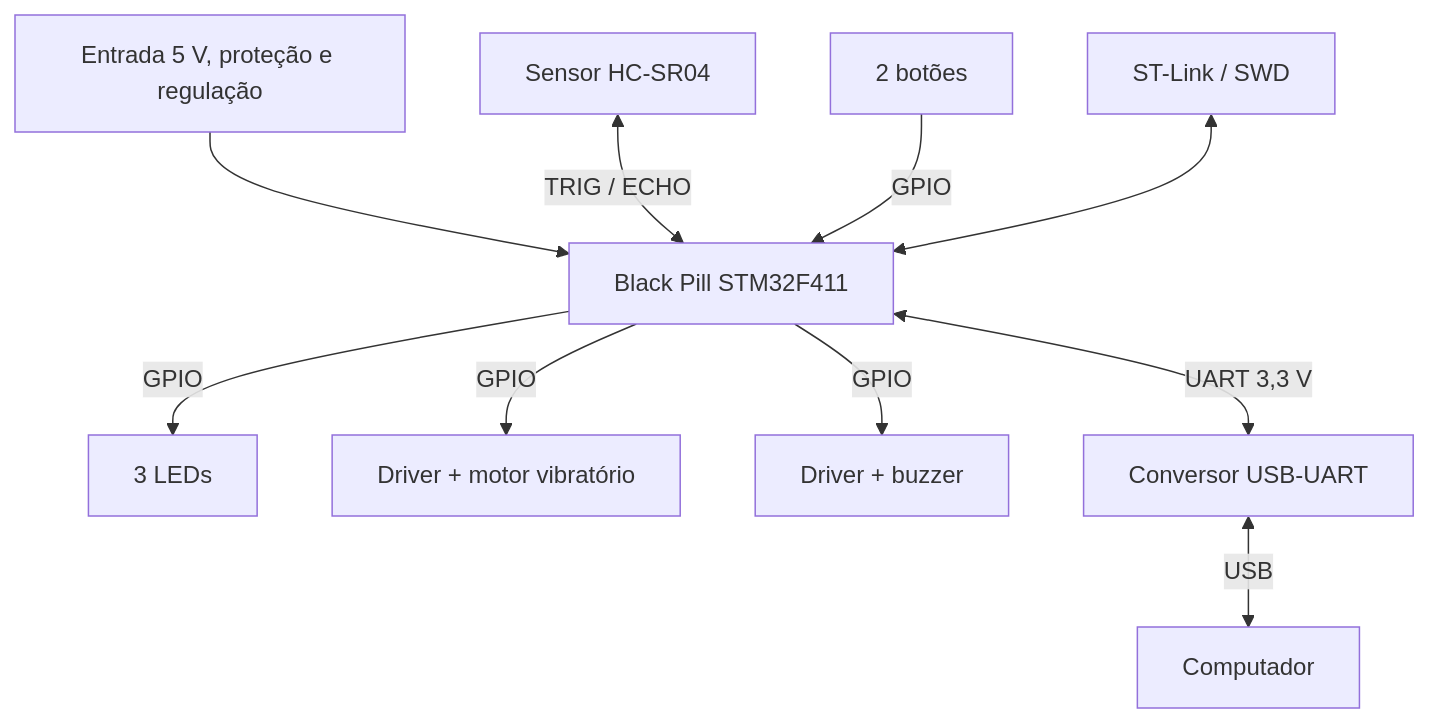
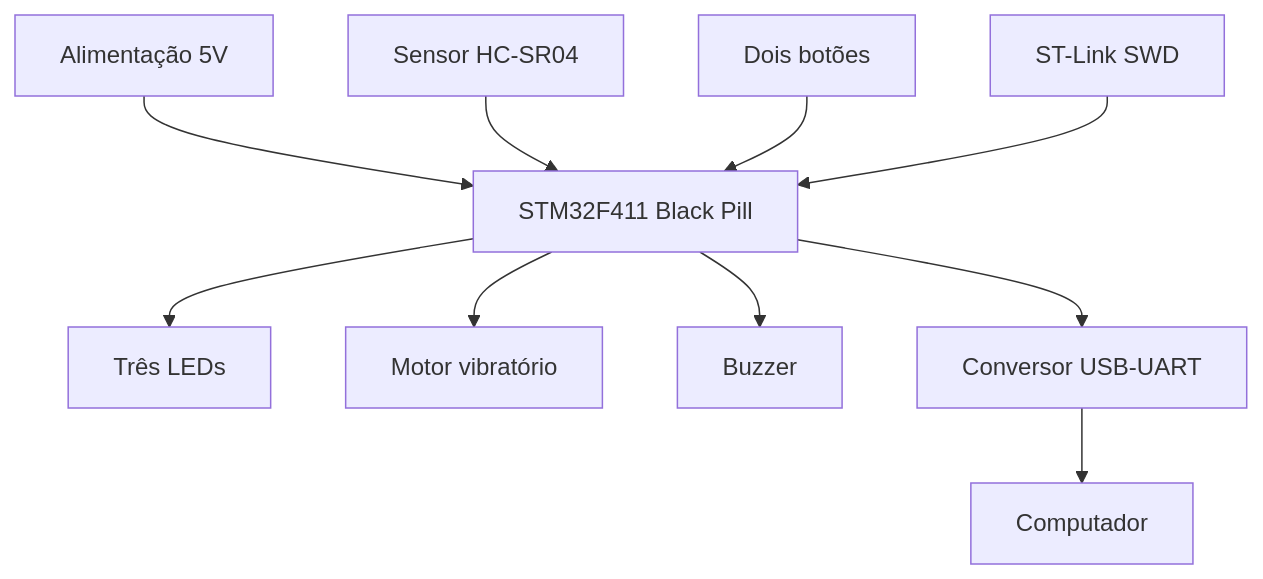
One commit to pedroepaiva/Detector-Obstaculo-STM32 changed the diagram in README.md. Above: the diagram before and after it, drawn with Mermaid.

Commit message:
docs: corrige diagrama de blocos do README

````diff
--- a/README.md
+++ b/README.md
@@ -37,16 +38,12 @@
 ```mermaid
 flowchart TD
-    F["Entrada 5 V, proteção e regulação"] --> M["Black Pill STM32F411"]
-
-    S["Sensor HC-SR04"] <-->|"TRIG / ECHO"| M
-    B["2 botões"] -->|"GPIO"| M
-
-    M -->|"GPIO"| L["3 LEDs"]
-    M -->|"GPIO"| V["Driver + motor vibratório"]
-    M -->|"GPIO"| Z["Driver + buzzer"]
-
-    M <-->|"UART 3,3 V"| U["Conversor USB-UART"]
-    U <-->|"USB"| P["Computador"]
-
-    D["ST-Link / SWD"] <--> M
+    F["Alimentação 5V"] --> M["STM32F411 Black Pill"]
+    S["Sensor HC-SR04"] --> M
+    B["Dois botões"] --> M
+    M --> L["Três LEDs"]
+    M --> V["Motor vibratório"]
+    M --> Z["Buzzer"]
+    M --> U["Conversor USB-UART"]
+    U --> P["Computador"]
+    D["ST-Link SWD"] --> M
 ```
````
